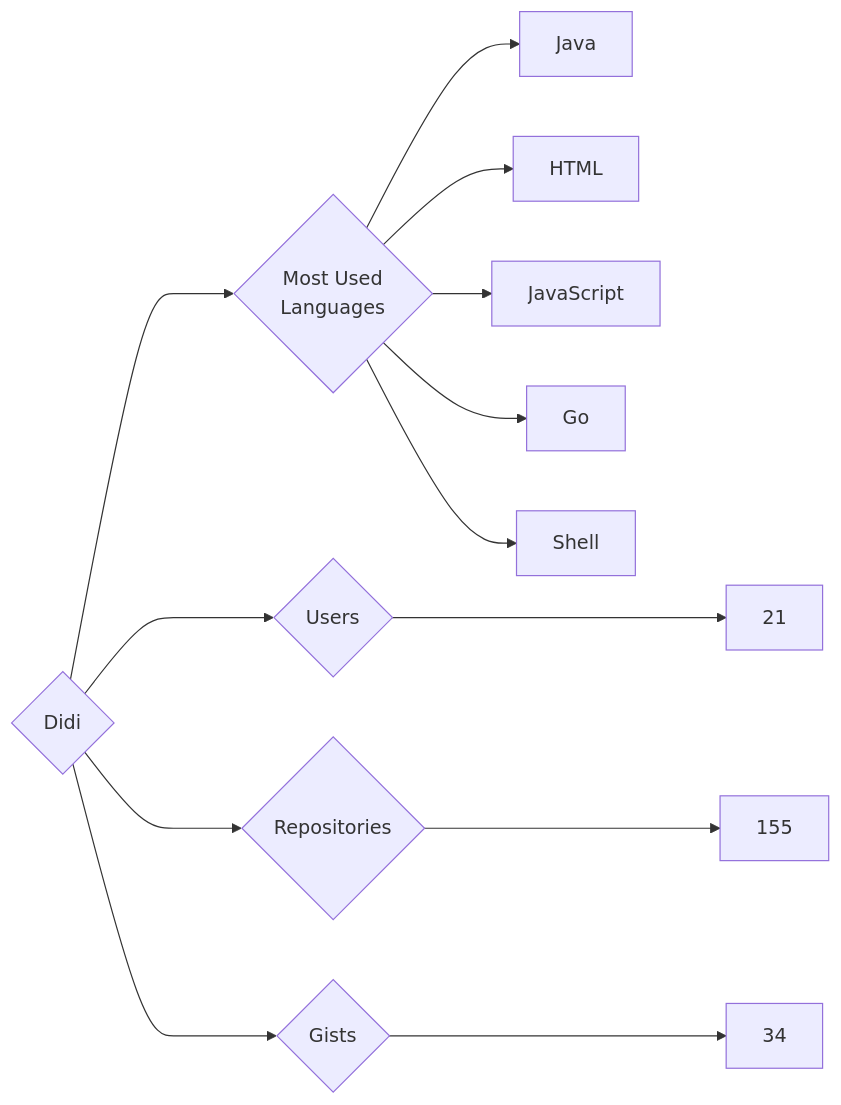
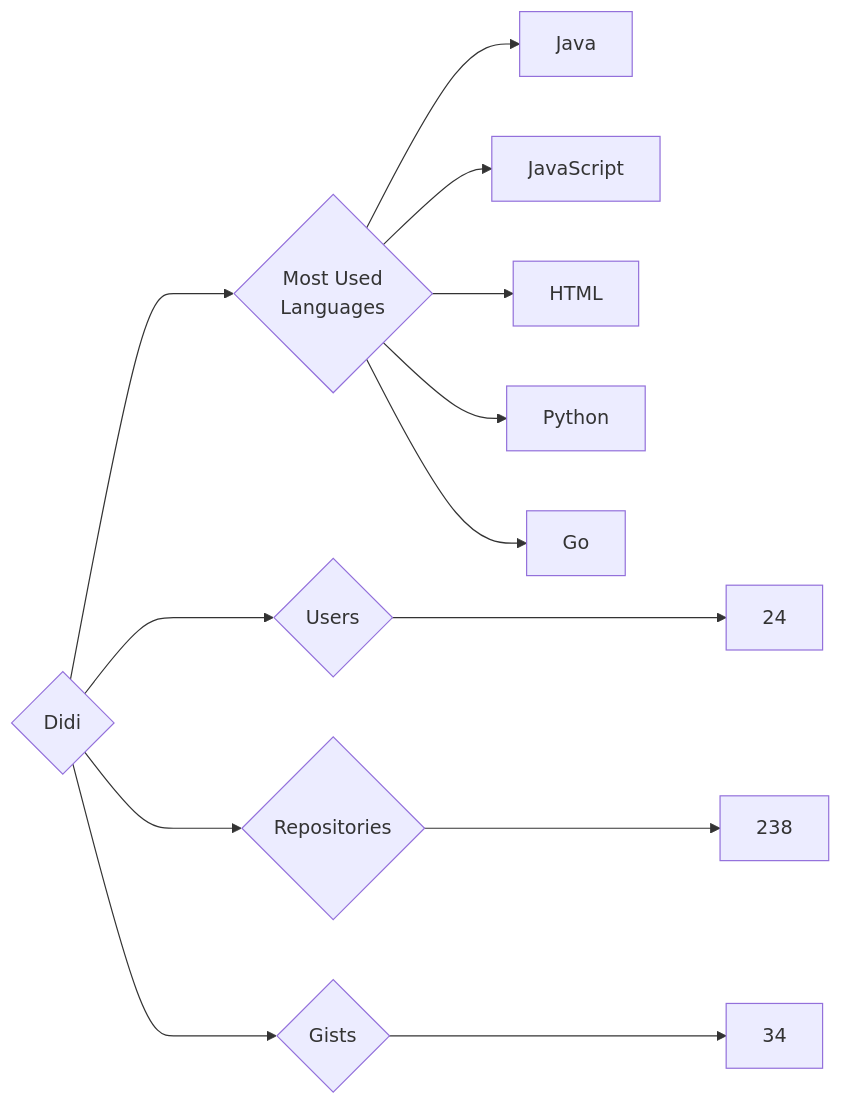
Before and after one commit to trickest/insiders: the diagram in targets/Didi/README.md, drawn with Mermaid. The commit also changed 870 other files, not shown here.

````diff
--- a/targets/Didi/README.md
+++ b/targets/Didi/README.md
@@ -3,13 +3,13 @@
 ```mermaid
 graph LR
 COMPANY_NAME{Didi}
-COMPANY_NAME ---> U{Users} ---> UN[21]
-COMPANY_NAME ---> R{Repositories} ---> RN[155]
+COMPANY_NAME ---> U{Users} ---> UN[24]
+COMPANY_NAME ---> R{Repositories} ---> RN[238]
 COMPANY_NAME ---> G{Gists} ---> GN[34]
 COMPANY_NAME ---> ML{Most Used<br>Languages}
 ML --> Java[Java]
+ML --> JavaScript[JavaScript]
 ML --> HTML[HTML]
-ML --> JavaScript[JavaScript]
+ML --> Python[Python]
 ML --> Go[Go]
-ML --> Shell[Shell]
 ```
````
